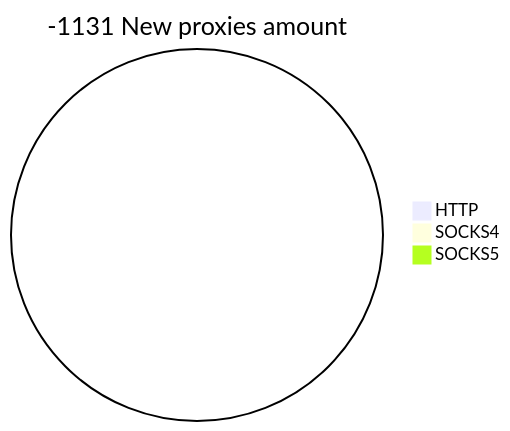
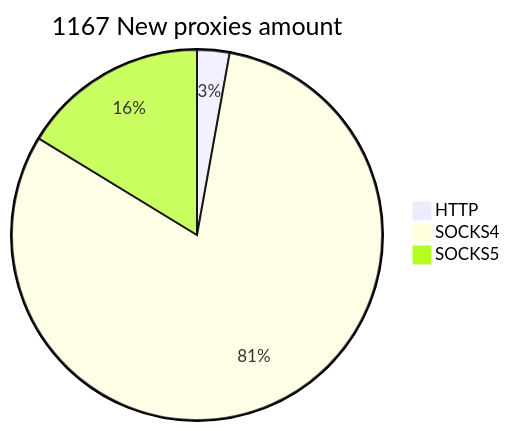
Before and after one commit to cutipu/proxylist: the second of 2 diagrams in README.md, drawn with Mermaid. The commit also changed other lines of this file, not shown here.

````diff
--- a/README.md
+++ b/README.md
@@ -10,6 +10,6 @@
 ```mermaid
-pie title -1131 New proxies amount
-    "HTTP" : 0
-    "SOCKS4" : 0
-    "SOCKS5" : 0
+pie title 1167 New proxies amount
+    "HTTP" : 33
+    "SOCKS4" : 944
+    "SOCKS5" : 190
 ```
````
